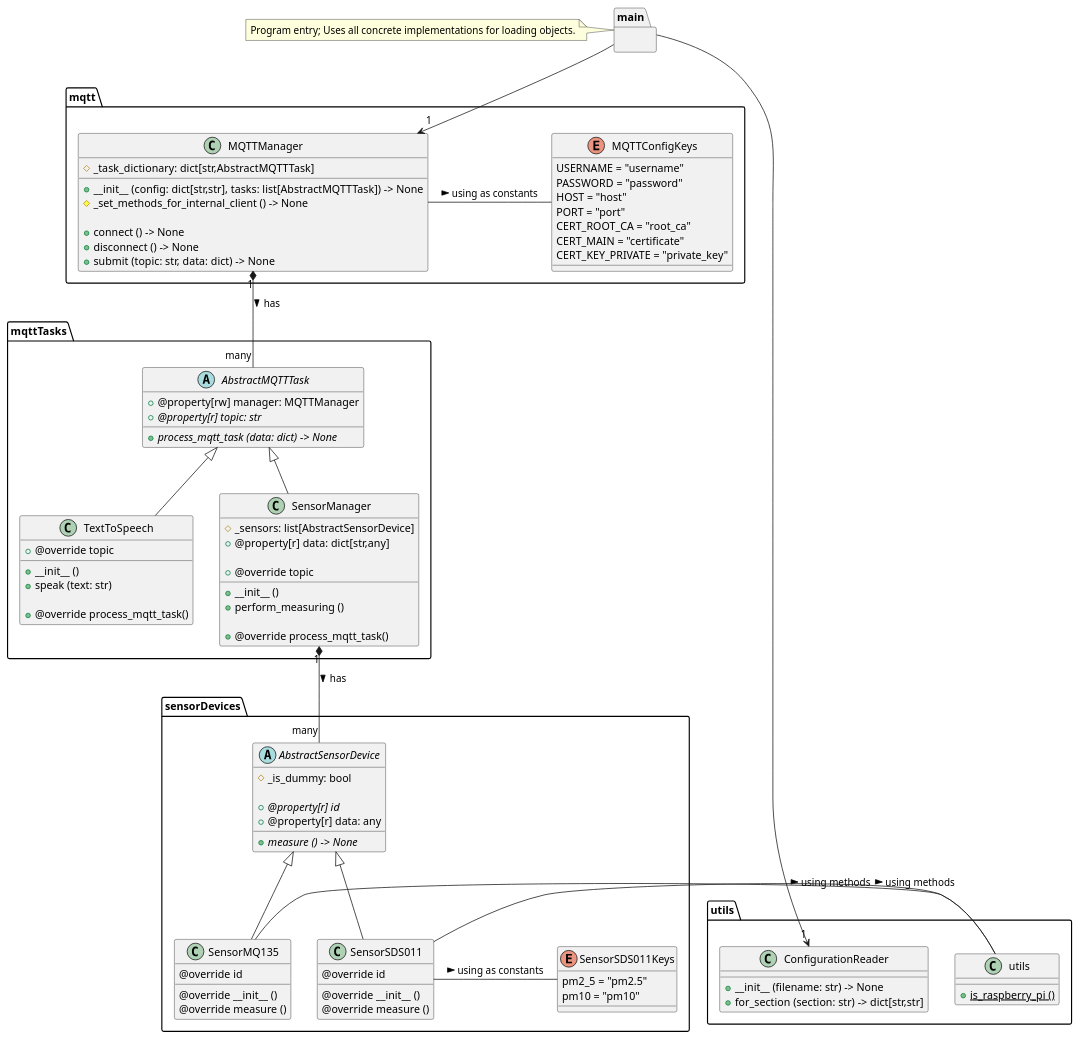
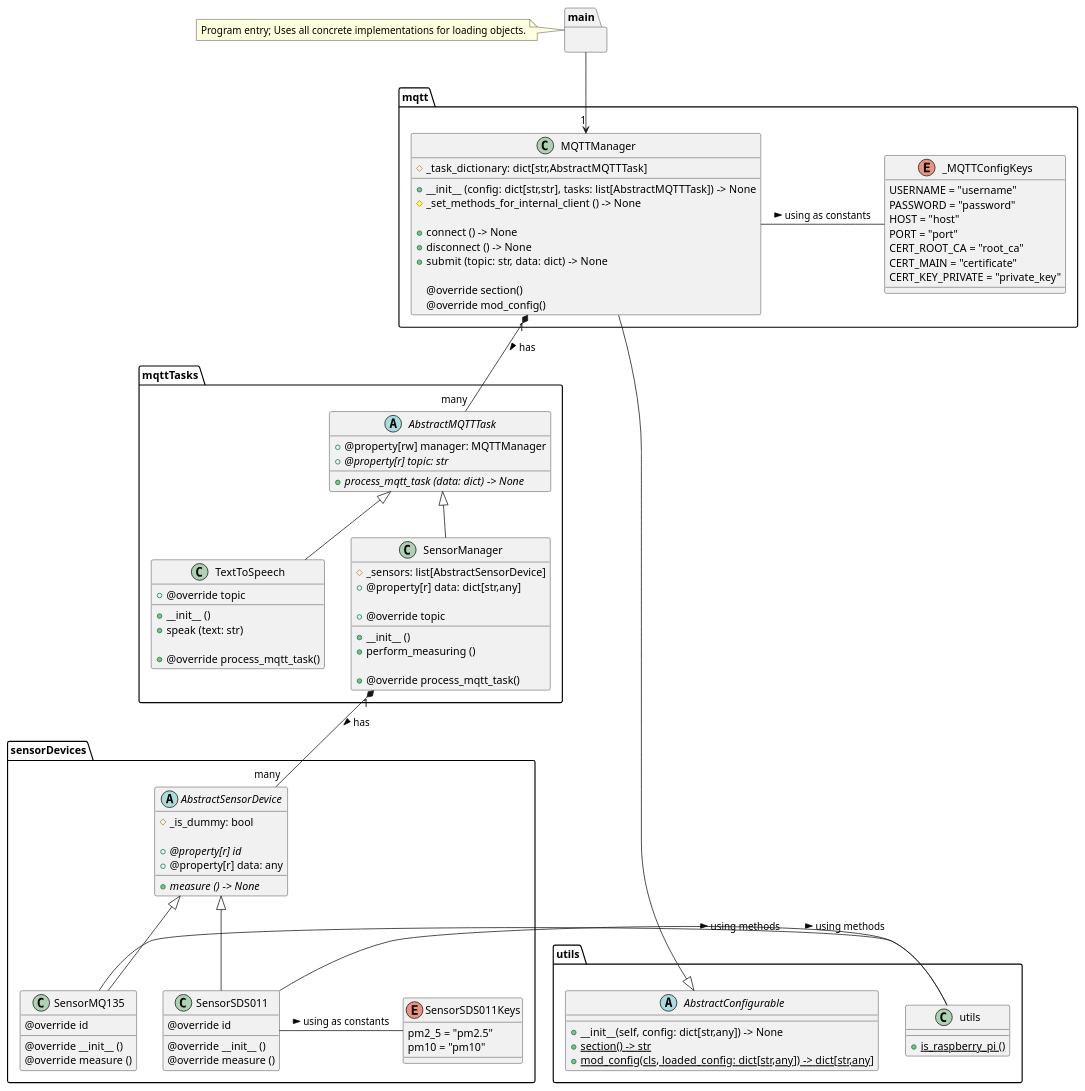
The diagram in classes.puml (AirAlert-WR/IoT_controller), drawn with PlantUML before and after one commit. The commit also changed 4 other files, not shown here.

Commit message:
Fixed configParser implementation; corrected PlantUML class diagram

```diff
--- a/classes.puml
+++ b/classes.puml
@@ -1,116 +1,120 @@
 @startuml
 'https://plantuml.com/class-diagram
 
 
 package utils {
-    class ConfigurationReader {
-        + __init__ (filename: str) -> None
-        + for_section (section: str) -> dict[str,str]
+    abstract class AbstractConfigurable {
+        + __init__(self, config: dict[str,any]) -> None
+        + {static} section() -> str
+        + {static} mod_config(cls, loaded_config: dict[str,any]) -> dict[str,any]
     }
 
     class utils {
         + {static} is_raspberry_pi ()
     }
 }
 
 package sensorDevices {
     abstract class AbstractSensorDevice {
         # _is_dummy: bool
 
         + @property[r] {abstract} id
         + @property[r] data: any
 
         + {abstract} measure () -> None
     }
 
     class SensorMQ135 {
         @override id
 
         @override __init__ ()
         @override measure ()
     }
     AbstractSensorDevice <|-- SensorMQ135
     SensorMQ135 - utils.utils: using methods >
 
     class SensorSDS011 {
         @override id
 
         @override __init__ ()
         @override measure ()
     }
     AbstractSensorDevice <|-- SensorSDS011
     SensorSDS011 - utils.utils: using methods >
 
     enum SensorSDS011Keys {
         pm2_5 = "pm2.5"
         pm10 = "pm10"
     }
     SensorSDS011 - SensorSDS011Keys: using as constants >
 }
 
 package mqttTasks {
     abstract class AbstractMQTTTask {
         + @property[rw] manager: MQTTManager
         + @property[r] {abstract} topic: str
 
         + {abstract} process_mqtt_task (data: dict) -> None
     }
 
     class TextToSpeech {
         + @override topic
 
         + __init__ ()
         + speak (text: str)
 
         + @override process_mqtt_task()
     }
     AbstractMQTTTask <|-- TextToSpeech
 
     class SensorManager {
         # _sensors: list[AbstractSensorDevice]
         + @property[r] data: dict[str,any]
 
         + @override topic
 
         + __init__ ()
         + perform_measuring ()
 
         + @override process_mqtt_task()
     }
     AbstractMQTTTask <|-- SensorManager
 }
 mqttTasks.SensorManager "1" *-- "many" sensorDevices.AbstractSensorDevice : has >
 
 package mqtt {
     class MQTTManager {
         # _task_dictionary: dict[str,AbstractMQTTTask]
 
         + __init__ (config: dict[str,str], tasks: list[AbstractMQTTTask]) -> None
         # _set_methods_for_internal_client () -> None
 
         + connect () -> None
         + disconnect () -> None
         + submit (topic: str, data: dict) -> None
+
+        @override section()
+        @override mod_config()
     }
+    utils.AbstractConfigurable <|-- MQTTManager
 
-    enum MQTTConfigKeys {
+    enum _MQTTConfigKeys {
         USERNAME = "username"
         PASSWORD = "password"
         HOST = "host"
         PORT = "port"
         CERT_ROOT_CA = "root_ca"
         CERT_MAIN = "certificate"
         CERT_KEY_PRIVATE = "private_key"
     }
-    MQTTManager - MQTTConfigKeys: using as constants >
+    MQTTManager - _MQTTConfigKeys: using as constants >
 }
 mqtt.MQTTManager "1" *-- "many" mqttTasks.AbstractMQTTTask : has >
 
 package main {
 
 }
 note left of main: Program entry; Uses all concrete implementations for loading objects.
-main --> "1" utils.ConfigurationReader
 main --> "1" mqtt.MQTTManager
 
 @enduml
```
